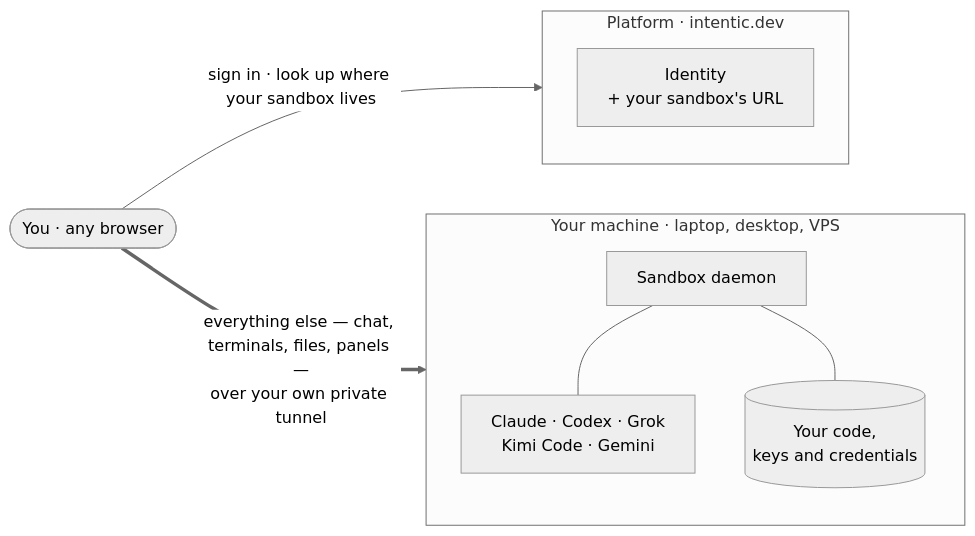
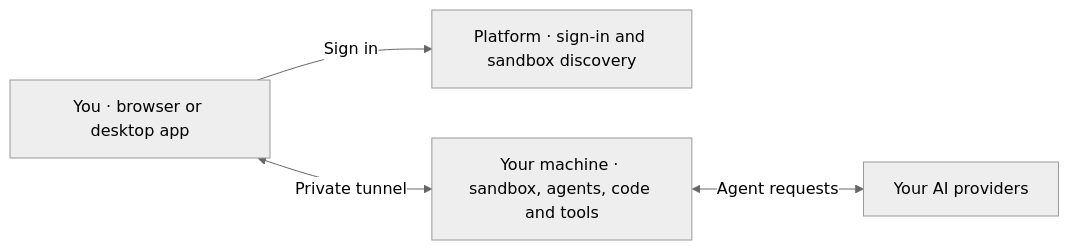
One commit to intentic/intentic changed the diagram in README.md. Above: the diagram before and after it, drawn with Mermaid (neutral theme). The commit also changed other lines of this file and 1 other file, not shown here.

````diff
--- a/README.md
+++ b/README.md
@@ -141,19 +115,10 @@
 ```mermaid
 flowchart LR
-    you(["You · any browser"])
-
-    subgraph platform["Platform · intentic.dev"]
-        id["Identity<br/>+ your sandbox's URL"]
-    end
-
-    subgraph yours["Your machine · laptop, desktop, VPS"]
-        daemon["Sandbox daemon"]
-        agents["Claude · Codex · Grok<br/>Kimi Code · Gemini"]
-        code[("Your code,<br/>keys and credentials")]
-        daemon --- agents
-        daemon --- code
-    end
-
-    you -->|"sign in · look up where your sandbox lives"| platform
-    you ==>|"everything else — chat, terminals, files, panels —<br/>over your own private tunnel"| yours
+    browser["You · browser or desktop app"]
+    platform["Platform · sign-in and sandbox discovery"]
+    sandbox["Your machine · sandbox, agents, code and tools"]
+    providers["Your AI providers"]
+    browser -->|Sign in| platform
+    browser <-->|Private tunnel| sandbox
+    sandbox <-->|Agent requests| providers
 ```
````
